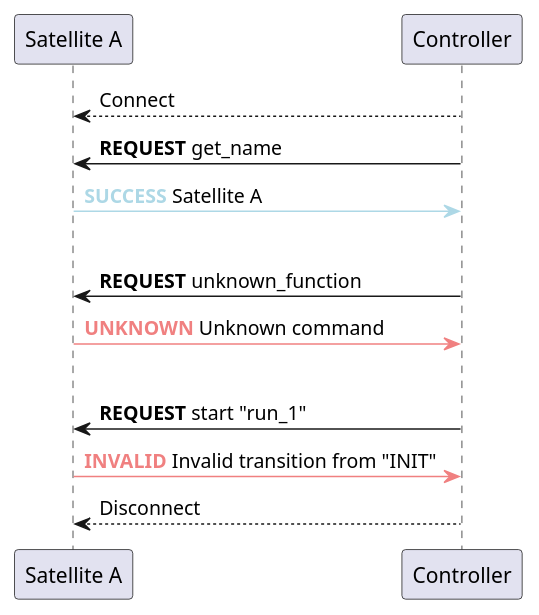
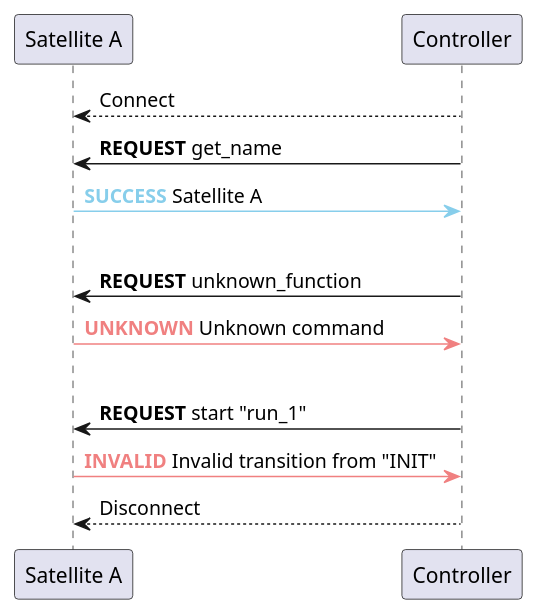
Before and after one commit to constellation-daq/Constellation: the third of 6 diagrams in docs/framework_reference/protocols.md, drawn with PlantUML. The commit also changed other lines of this file, not shown here.

Commit message:
docs/proto: update UML diagrams

````diff
--- a/docs/framework_reference/protocols.md
+++ b/docs/framework_reference/protocols.md
@@ -102,16 +102,16 @@
 ```plantuml
 @startuml
 skinparam ParticipantPadding 50
 "Satellite A" <-- "Controller": Connect
 "Satellite A" <- "Controller": **REQUEST** get_name
-"Satellite A" -[#lightblue]> "Controller": <font color=lightblue><b>SUCCESS</b></font> Satellite A
+"Satellite A" -[#skyblue]> "Controller": <font color=skyblue><b>SUCCESS</b></font> Satellite A
 |||
 "Satellite A" <- "Controller": **REQUEST** unknown_function
 "Satellite A" -[#lightcoral]> "Controller": <font color=lightcoral><b>UNKNOWN</b></font> Unknown command
 |||
 "Satellite A" <- "Controller": **REQUEST** start "run_1"
 "Satellite A" -[#lightcoral]> "Controller": <font color=lightcoral><b>INVALID</b></font> Invalid transition from "INIT"
 
 "Satellite A" <-- "Controller": Disconnect
 @enduml
 ```
````
